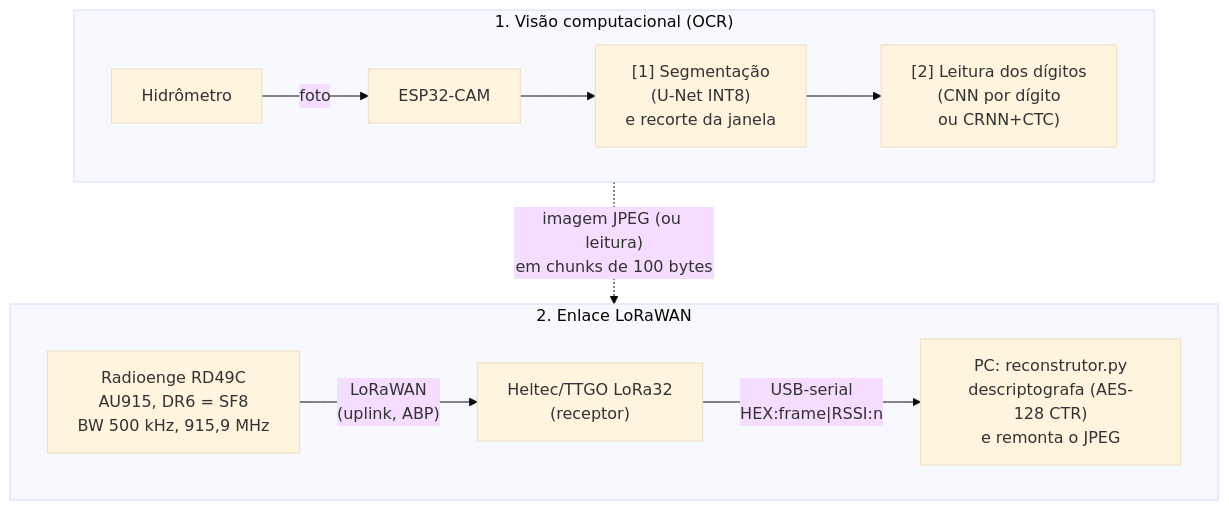
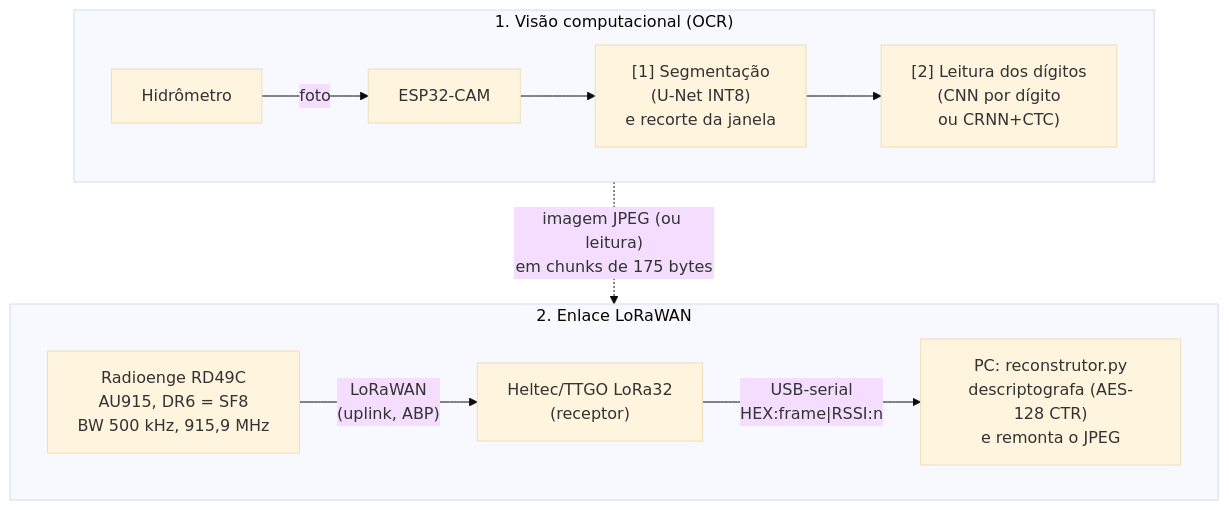
Before and after one commit to Marcelo-122/Codigo-do-TCC2: the diagram in README.md, drawn with Mermaid (base theme). The commit also changed other lines of this file and 3 other files, not shown here.

First line of the commit message:
Aumenta chunks LoRa para 175 bytes

````diff
--- a/README.md
+++ b/README.md
@@ -38,17 +38,17 @@
 ```mermaid
 flowchart TB
     subgraph OCR ["1. Visão computacional (OCR)"]
         direction LR
         H["Hidrômetro"] -- foto --> C["ESP32-CAM"]
         C --> S["[1] Segmentação<br/>(U-Net INT8)<br/>e recorte da janela"]
         S --> L["[2] Leitura dos dígitos<br/>(CNN por dígito<br/>ou CRNN+CTC)"]
     end
 
     subgraph ENLACE ["2. Enlace LoRaWAN"]
         direction LR
         RD["Radioenge RD49C<br/>AU915, DR6 = SF8<br/>BW 500 kHz, 915,9 MHz"] -- "LoRaWAN<br/>(uplink, ABP)" --> RX["Heltec/TTGO LoRa32<br/>(receptor)"]
         RX -- "USB-serial<br/>HEX:frame|RSSI:n" --> PC["PC: reconstrutor.py<br/>descriptografa (AES-128 CTR)<br/>e remonta o JPEG"]
     end
 
-    OCR -. "imagem JPEG (ou leitura)<br/>em chunks de 100 bytes" .-> ENLACE
+    OCR -. "imagem JPEG (ou leitura)<br/>em chunks de 175 bytes" .-> ENLACE
 ```
````
